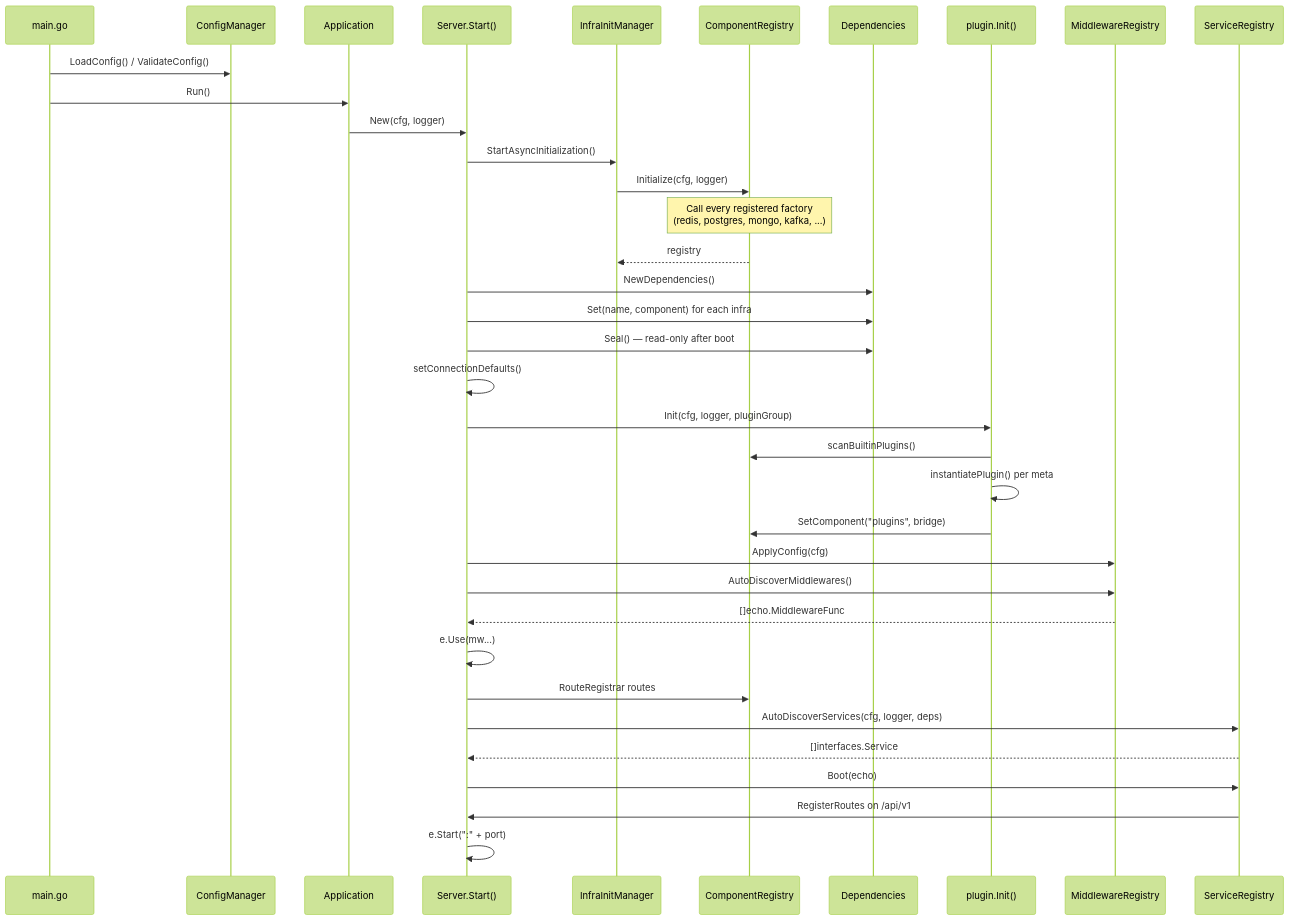
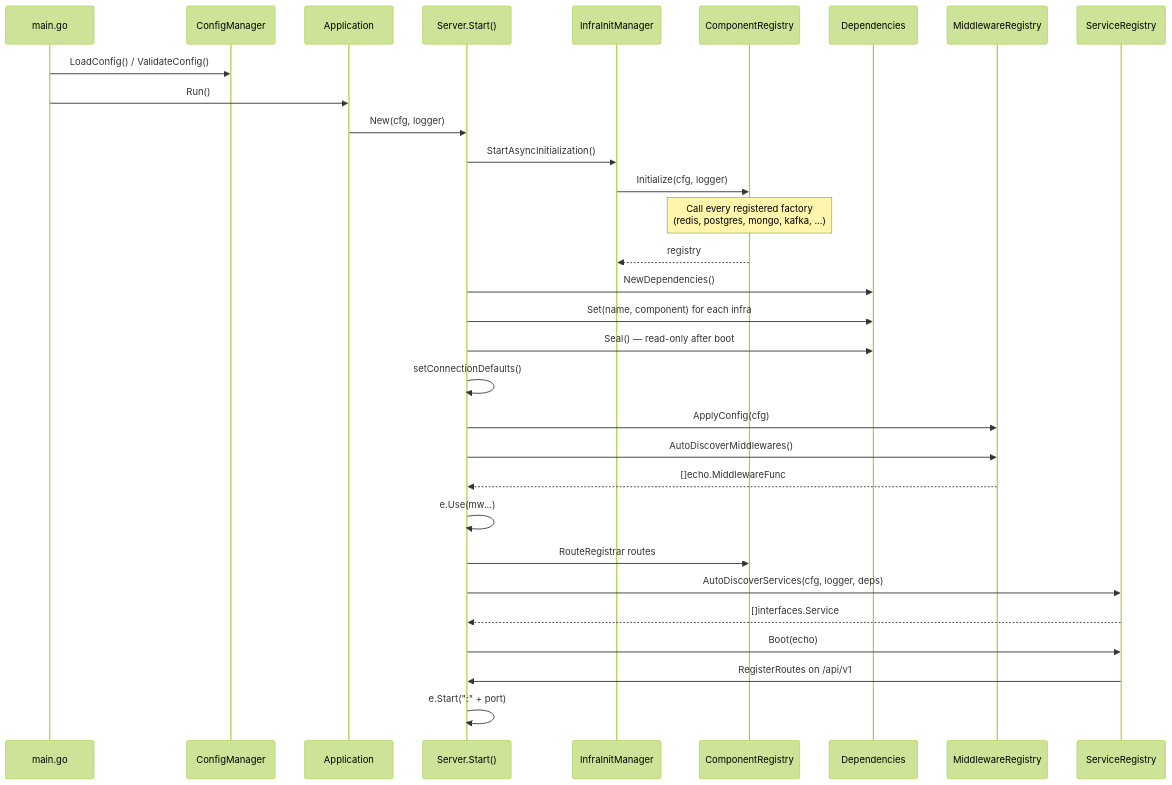
One commit to diameter-tscd/stackyrd changed the second of 8 diagrams in DESIGN.md. Above: the diagram before and after it, drawn with Mermaid (forest theme). The commit also changed other lines of this file and 6 other files, not shown here.

````diff
--- a/DESIGN.md
+++ b/DESIGN.md
@@ -58,46 +51,40 @@
 ```mermaid
 sequenceDiagram
     participant main as main.go
     participant cfg as ConfigManager
     participant app as Application
     participant srv as Server.Start()
     participant infraInit as InfraInitManager
     participant compReg as ComponentRegistry
     participant deps as Dependencies
-    participant plugin as plugin.Init()
     participant mw as MiddlewareRegistry
     participant svc as ServiceRegistry
 
     main->>cfg: LoadConfig() / ValidateConfig()
     main->>app: Run()
     app->>srv: New(cfg, logger)
 
     srv->>infraInit: StartAsyncInitialization()
     infraInit->>compReg: Initialize(cfg, logger)
     Note over compReg: Call every registered factory<br/>(redis, postgres, mongo, kafka, ...)
     compReg-->>infraInit: registry
 
     srv->>deps: NewDependencies()
     srv->>deps: Set(name, component) for each infra
     srv->>deps: Seal() — read-only after boot
     srv->>srv: setConnectionDefaults()
 
-    srv->>plugin: Init(cfg, logger, pluginGroup)
-    plugin->>compReg: scanBuiltinPlugins()
-    plugin->>plugin: instantiatePlugin() per meta
-    plugin->>compReg: SetComponent("plugins", bridge)
-
     srv->>mw: ApplyConfig(cfg)
     srv->>mw: AutoDiscoverMiddlewares()
     mw-->>srv: []echo.MiddlewareFunc
     srv->>srv: e.Use(mw...)
 
     srv->>compReg: RouteRegistrar routes
 
     srv->>svc: AutoDiscoverServices(cfg, logger, deps)
     svc-->>srv: []interfaces.Service
     srv->>svc: Boot(echo)
     svc->>srv: RegisterRoutes on /api/v1
 
     srv->>srv: e.Start(":" + port)
 ```
````
